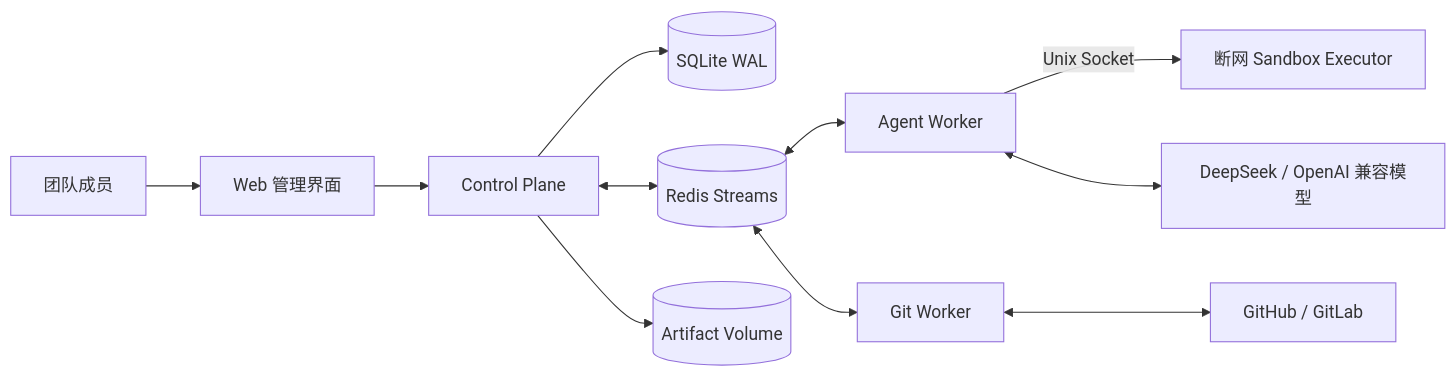
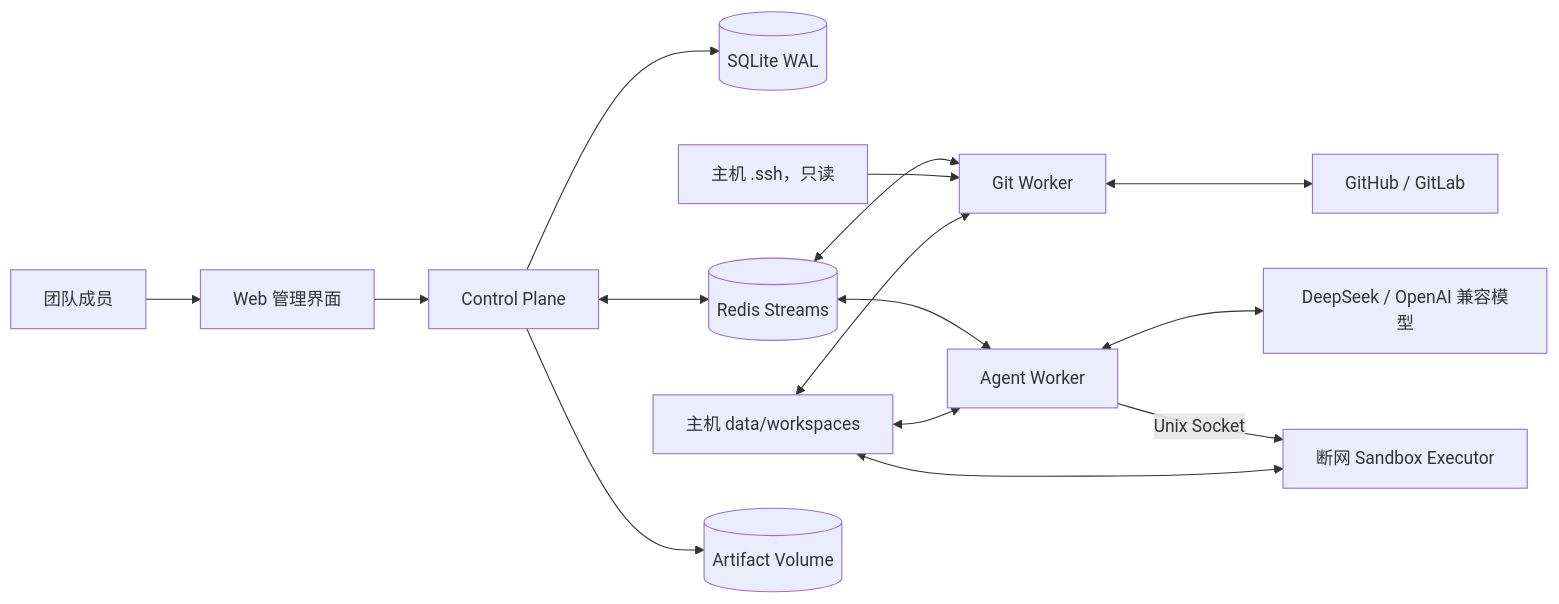
The diagram in docs/architecture/system.md (yizhiren/develop_platform), drawn with Mermaid before and after one commit. The commit also changed other lines of this file and 20 other files, not shown here.

Commit message:
feat: add SSH git worker host workspaces

````diff
--- a/docs/architecture/system.md
+++ b/docs/architecture/system.md
@@ -3,13 +3,17 @@
 ```mermaid
 flowchart LR
   User[团队成员] --> Web[Web 管理界面]
   Web --> CP[Control Plane]
   CP --> DB[(SQLite WAL)]
   CP <--> Redis[(Redis Streams)]
   Redis <--> Agent[Agent Worker]
   Redis <--> Git[Git Worker]
   Agent -->|Unix Socket| Sandbox[断网 Sandbox Executor]
   Git <--> GH[GitHub / GitLab]
+  HostSSH[主机 .ssh，只读] --> Git
+  HostWorkspace[主机 data/workspaces] <--> Git
+  HostWorkspace <--> Agent
+  HostWorkspace <--> Sandbox
   Agent <--> LLM[DeepSeek / OpenAI 兼容模型]
   CP --> Artifacts[(Artifact Volume)]
 ```
````
